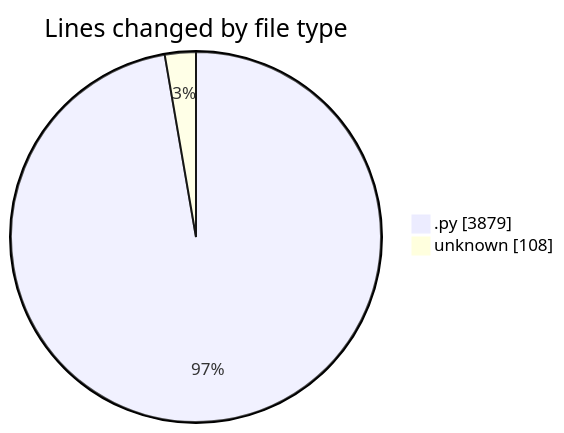
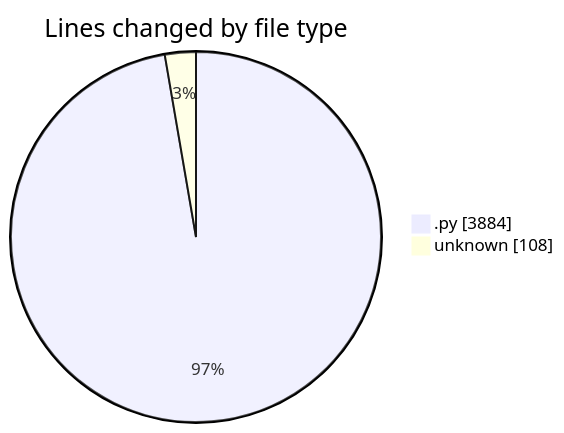
One commit to julien-gomy/code-tracking changed the first of 2 diagrams in 2025-11-21/eventscop-api-guide__workspace_/README.md. Above: the diagram before and after it, drawn with Mermaid. The commit also changed other lines of this file and 1 other file, not shown here.

````diff
--- a/2025-11-21/eventscop-api-guide__workspace_/README.md
+++ b/2025-11-21/eventscop-api-guide__workspace_/README.md
@@ -39,6 +39,6 @@
 ```mermaid
 pie showData
 title Lines changed by file type
-".py" : 3879
+".py" : 3884
 "unknown" : 108
 ```
````
